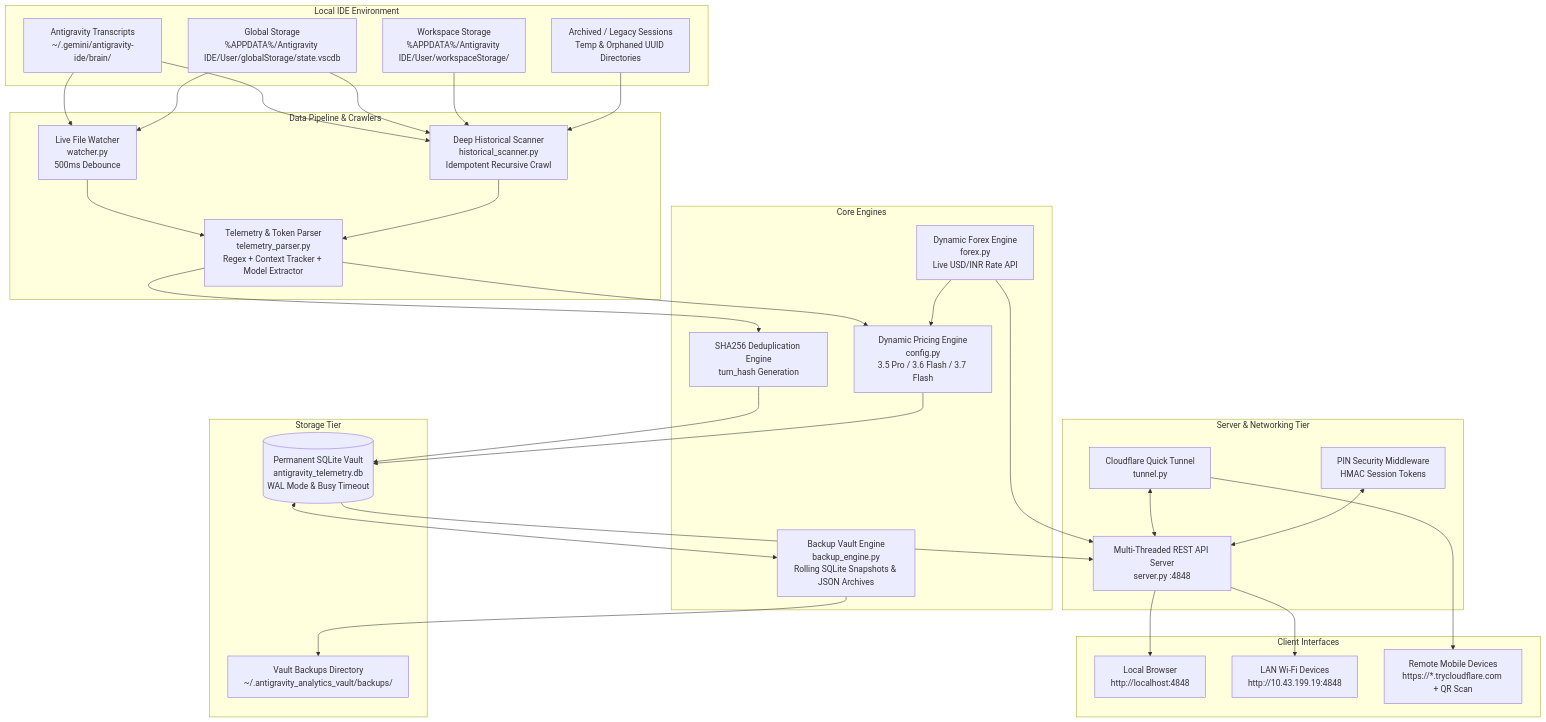
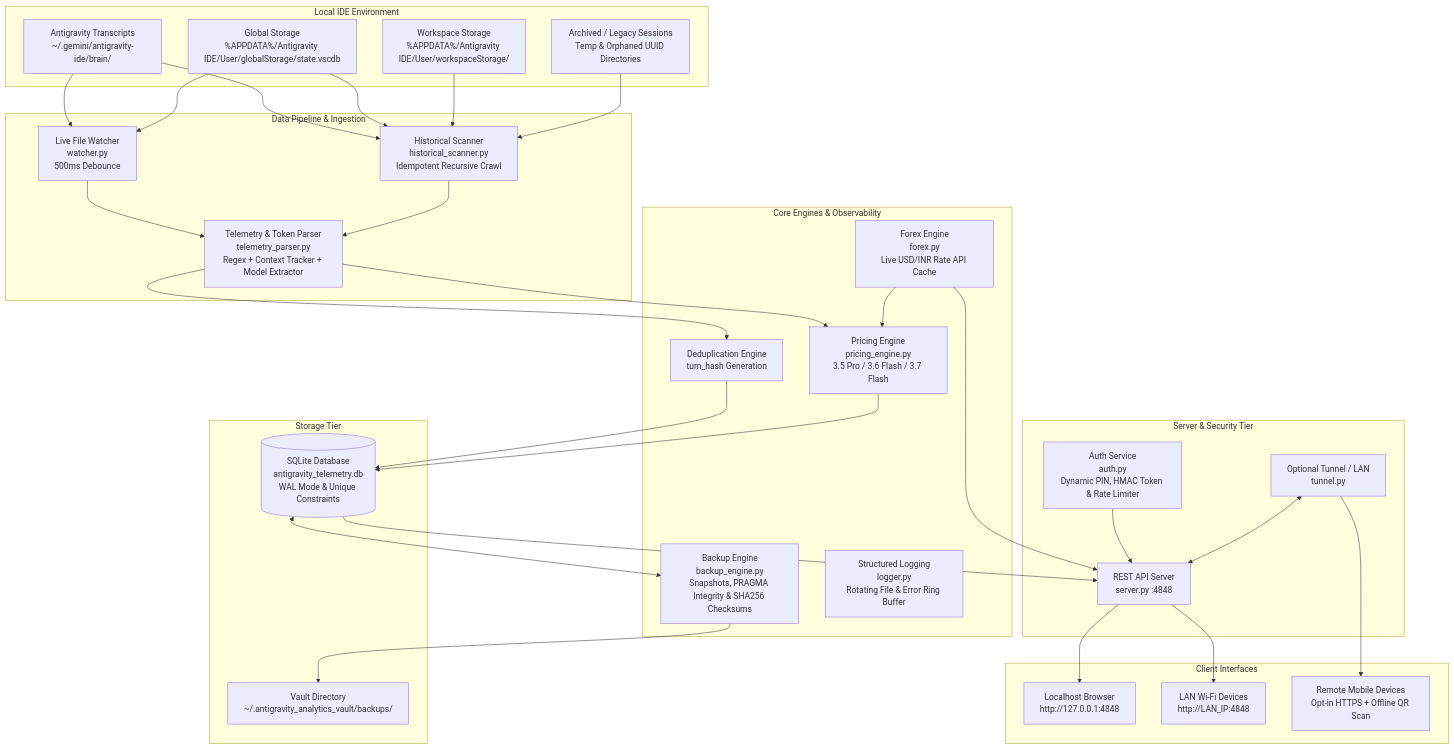
Before and after one commit to rishwebb/antigravity-vault: the diagram in COMPLETE_SYSTEM_EXPLANATION.md, drawn with Mermaid. The commit also changed other lines of this file and 21 other files, not shown here.

First line of the commit message:
refactor(core): resolve 40 security, accuracy, reliability and arch issues

````diff
--- a/COMPLETE_SYSTEM_EXPLANATION.md
+++ b/COMPLETE_SYSTEM_EXPLANATION.md
@@ -42,66 +40,67 @@
 ```mermaid
 flowchart TD
     subgraph Local IDE Environment
         A1[Antigravity Transcripts<br/>~/.gemini/antigravity-ide/brain/]
         A2[Global Storage<br/>%APPDATA%/Antigravity IDE/User/globalStorage/state.vscdb]
         A3[Workspace Storage<br/>%APPDATA%/Antigravity IDE/User/workspaceStorage/]
         A4[Archived / Legacy Sessions<br/>Temp & Orphaned UUID Directories]
     end
 
-    subgraph Data Pipeline & Crawlers
+    subgraph Data Pipeline & Ingestion
         B1[Live File Watcher<br/>watcher.py<br/>500ms Debounce]
-        B2[Deep Historical Scanner<br/>historical_scanner.py<br/>Idempotent Recursive Crawl]
+        B2[Historical Scanner<br/>historical_scanner.py<br/>Idempotent Recursive Crawl]
         C[Telemetry & Token Parser<br/>telemetry_parser.py<br/>Regex + Context Tracker + Model Extractor]
     end
 
-    subgraph Core Engines
-        D[Dynamic Pricing Engine<br/>config.py<br/>3.5 Pro / 3.6 Flash / 3.7 Flash]
-        E[Dynamic Forex Engine<br/>forex.py<br/>Live USD/INR Rate API]
-        F[Backup Vault Engine<br/>backup_engine.py<br/>Rolling SQLite Snapshots & JSON Archives]
-        G[SHA256 Deduplication Engine<br/>turn_hash Generation]
+    subgraph Core Engines & Observability
+        D[Pricing Engine<br/>pricing_engine.py<br/>3.5 Pro / 3.6 Flash / 3.7 Flash]
+        E[Forex Engine<br/>forex.py<br/>Live USD/INR Rate API Cache]
+        F[Backup Engine<br/>backup_engine.py<br/>Snapshots, PRAGMA Integrity & SHA256 Checksums]
+        G[Deduplication Engine<br/>turn_hash Generation]
+        LOG[Structured Logging<br/>logger.py<br/>Rotating File & Error Ring Buffer]
     end
 
     subgraph Storage Tier
-        H[(Permanent SQLite Vault<br/>antigravity_telemetry.db<br/>WAL Mode & Busy Timeout)]
-        I[Vault Backups Directory<br/>~/.antigravity_analytics_vault/backups/]
+        H[(SQLite Database<br/>antigravity_telemetry.db<br/>WAL Mode & Unique Constraints)]
+        I[Vault Directory<br/>~/.antigravity_analytics_vault/backups/]
     end
 
-    subgraph Server & Networking Tier
-        J[Multi-Threaded REST API Server<br/>server.py :4848]
-        K[Cloudflare Quick Tunnel<br/>tunnel.py]
-        L[PIN Security Middleware<br/>HMAC Session Tokens]
+    subgraph Server & Security Tier
+        AUTH[Auth Service<br/>auth.py<br/>Dynamic PIN, HMAC Token & Rate Limiter]
+        J[REST API Server<br/>server.py :4848]
+        K[Optional Tunnel / LAN<br/>tunnel.py]
     end
 
     subgraph Client Interfaces
-        M[Local Browser<br/>http://localhost:4848]
-        N[LAN Wi-Fi Devices<br/>http://10.43.199.19:4848]
-        O[Remote Mobile Devices<br/>https://*.trycloudflare.com + QR Scan]
+        M[Localhost Browser<br/>http://127.0.0.1:4848]
+        N[LAN Wi-Fi Devices<br/>http://LAN_IP:4848]
+        O[Remote Mobile Devices<br/>Opt-in HTTPS + Offline QR Scan]
     end
 
     A1 --> B1
     A2 --> B1
     A1 --> B2
     A2 --> B2
     A3 --> B2
     A4 --> B2
 
     B1 --> C
     B2 --> C
 
     C --> G
     C --> D
     E --> D
     G --> H
     D --> H
     H <--> F
     F --> I
 
     H --> J
     E --> J
+    AUTH --> J
     K <--> J
-    L <--> J
 
     J --> M
     J --> N
     K --> O
 ```
````
